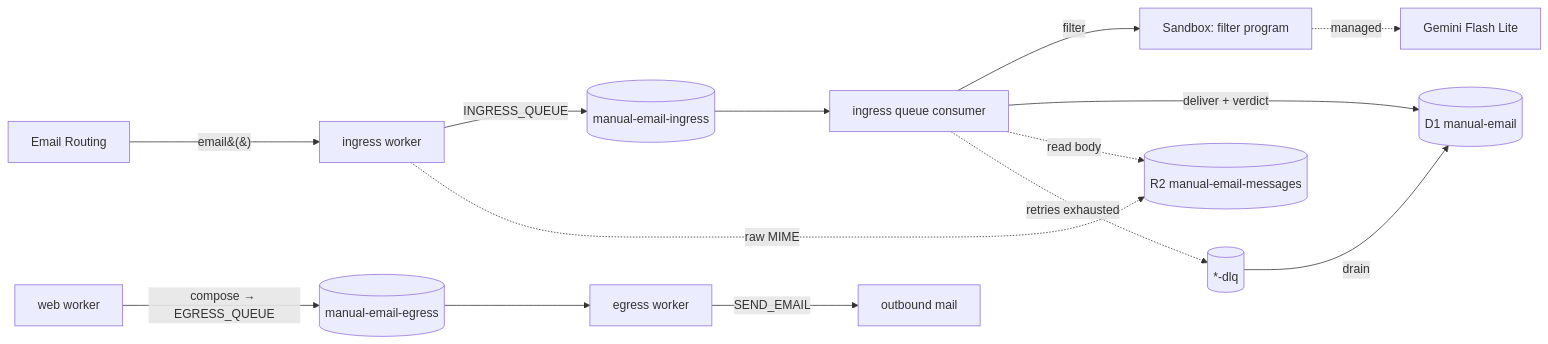
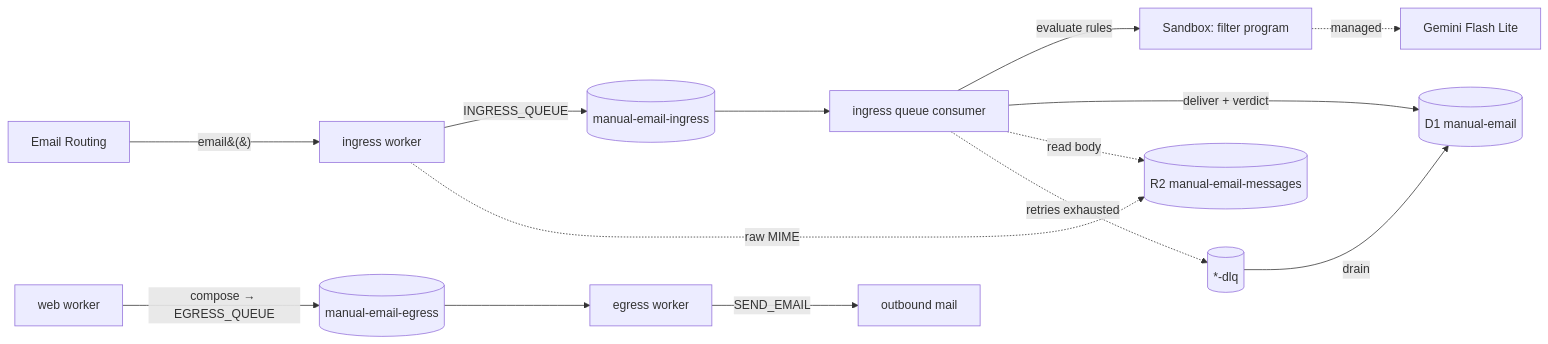
The diagram in docs/architecture.md (rorz/manual.email), drawn with Mermaid before and after one commit. The commit also changed other lines of this file and 56 other files, not shown here.

````diff
--- a/docs/architecture.md
+++ b/docs/architecture.md
@@ -27,15 +27,15 @@
 ```mermaid
 flowchart LR
   MX[Email Routing] -->|email&#40;&#41;| IN[ingress worker]
   IN -->|INGRESS_QUEUE| INQ[(manual-email-ingress)]
   INQ --> INC[ingress queue consumer]
-  INC -->|filter| SBX[Sandbox: filter program]
+  INC -->|evaluate rules| SBX[Sandbox: filter program]
   SBX -.managed.-> GEM[Gemini Flash Lite]
   INC -->|deliver + verdict| D1[(D1 manual-email)]
   WEB[web worker] -->|compose → EGRESS_QUEUE| EGQ[(manual-email-egress)]
   EGQ --> EG[egress worker] -->|SEND_EMAIL| OUT[outbound mail]
   IN -.raw MIME.-> R2[(R2 manual-email-messages)]
   INC -.read body.-> R2
   INC -.retries exhausted.-> DLQ[(*-dlq)]
   DLQ -->|drain| D1
 ```
````
